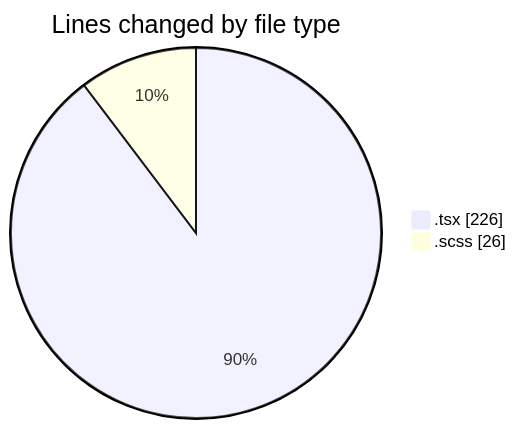
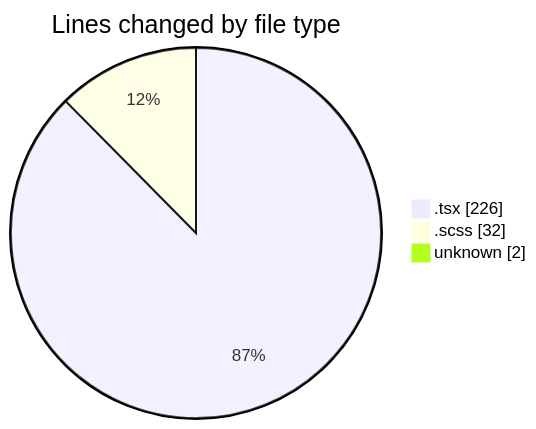
One commit to momahboobian/code-tracking changed the first of 2 diagrams in 2025-02-13/cda/README.md. Above: the diagram before and after it, drawn with Mermaid. The commit also changed other lines of this file and 1 other file, not shown here.

````diff
--- a/2025-02-13/cda/README.md
+++ b/2025-02-13/cda/README.md
@@ -24,6 +26,7 @@
 ```mermaid
 pie showData
 title Lines changed by file type
 ".tsx" : 226
-".scss" : 26
+".scss" : 32
+"unknown" : 2
 ```
````
